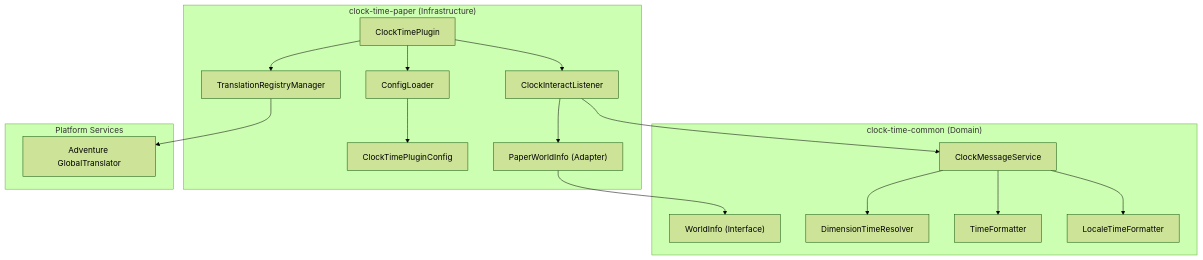
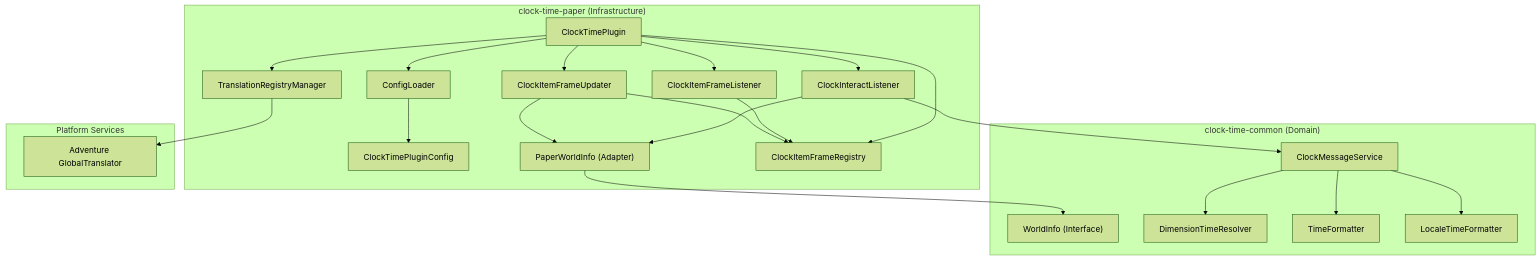
One commit to beduality/clock-gui changed the first of 2 diagrams in docs/developers/explanation/architecture.md. Above: the diagram before and after it, drawn with Mermaid (forest theme). The commit also changed other lines of this file and 13 other files, not shown here.

Commit message:
feat: implement event-driven registry and background task for real-time clock updates in item frames

````diff
--- a/docs/developers/explanation/architecture.md
+++ b/docs/developers/explanation/architecture.md
@@ -7,35 +7,44 @@
 ```mermaid
 graph TD
     subgraph paper["clock-time-paper (Infrastructure)"]
         Plugin["ClockTimePlugin"]
         Config["ConfigLoader"]
         Translations["TranslationRegistryManager"]
         Listener["ClockInteractListener"]
         ClockTimePluginConfig["ClockTimePluginConfig"]
         PaperWorldInfo["PaperWorldInfo (Adapter)"]
+        Registry["ClockItemFrameRegistry"]
+        Updater["ClockItemFrameUpdater"]
+        ItemFrameListener["ClockItemFrameListener"]
     end
 
     subgraph common["clock-time-common (Domain)"]
         WorldInfo["WorldInfo (Interface)"]
         ClockMessage["ClockMessageService"]
         Resolver["DimensionTimeResolver"]
         Formatter["TimeFormatter"]
         LocaleFormatter["LocaleTimeFormatter"]
     end
 
     subgraph platform["Platform Services"]
         Adventure["Adventure GlobalTranslator"]
     end
 
     Plugin --> Config
     Plugin --> Translations
     Plugin --> Listener
+    Plugin --> Registry
+    Plugin --> Updater
+    Plugin --> ItemFrameListener
     Config --> ClockTimePluginConfig
     Translations --> Adventure
     Listener --> ClockMessage
     Listener --> PaperWorldInfo
+    ItemFrameListener --> Registry
+    Updater --> Registry
+    Updater --> PaperWorldInfo
     PaperWorldInfo --> WorldInfo
     ClockMessage --> Resolver
     ClockMessage --> Formatter
     ClockMessage --> LocaleFormatter
 ```
````
